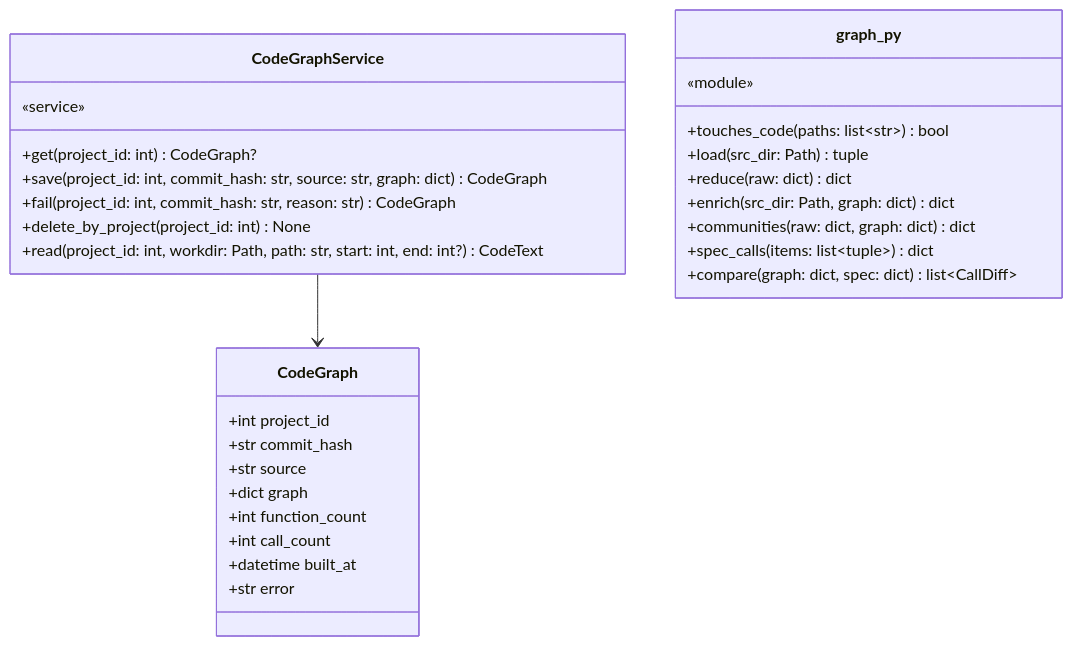
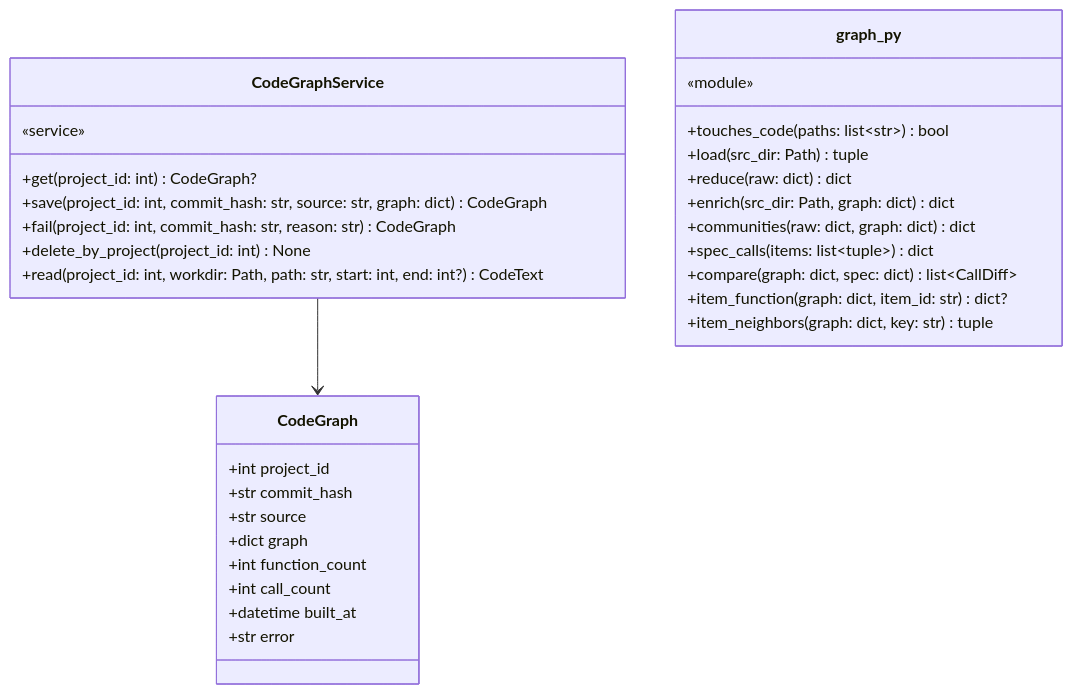
One commit to HoyoungParkme/syncdoc changed diagram 22 of 22 in docs/specs/06-DOM/SYNC-DOM-002.md. Above: the diagram before and after it, drawn with Mermaid. The commit also changed other lines of this file and 16 other files, not shown here.

````diff
--- a/docs/specs/06-DOM/SYNC-DOM-002.md
+++ b/docs/specs/06-DOM/SYNC-DOM-002.md
@@ -1235,32 +1235,34 @@
 ```mermaid
 classDiagram
     class CodeGraphService {
         «service»
         +get(project_id: int) CodeGraph?
         +save(project_id: int, commit_hash: str, source: str, graph: dict) CodeGraph
         +fail(project_id: int, commit_hash: str, reason: str) CodeGraph
         +delete_by_project(project_id: int) None
         +read(project_id: int, workdir: Path, path: str, start: int, end: int?) CodeText
     }
     class graph_py {
         «module»
         +touches_code(paths: list~str~) bool
         +load(src_dir: Path) tuple
         +reduce(raw: dict) dict
         +enrich(src_dir: Path, graph: dict) dict
         +communities(raw: dict, graph: dict) dict
         +spec_calls(items: list~tuple~) dict
         +compare(graph: dict, spec: dict) list~CallDiff~
+        +item_function(graph: dict, item_id: str) dict?
+        +item_neighbors(graph: dict, key: str) tuple
     }
     class CodeGraph {
         +int project_id
         +str commit_hash
         +str source
         +dict graph
         +int function_count
         +int call_count
         +datetime built_at
         +str error
     }
     CodeGraphService --> CodeGraph
 ```
````
